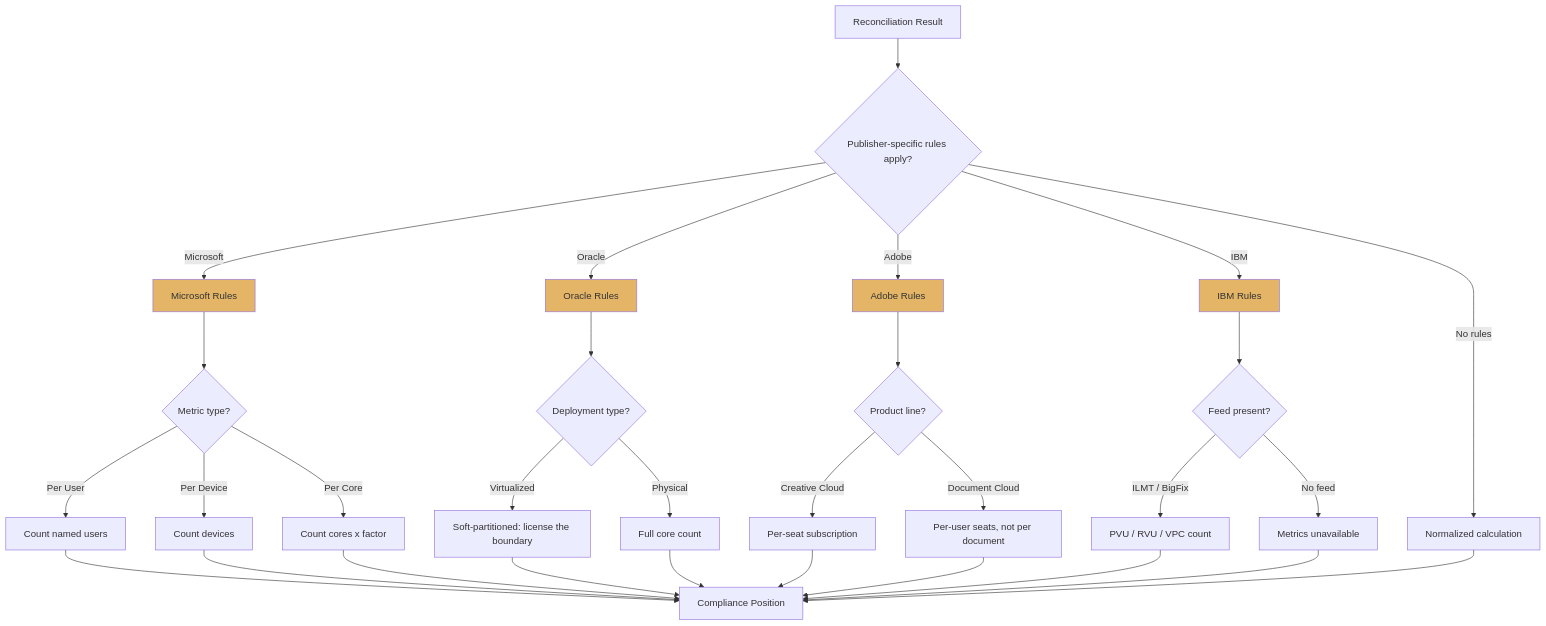
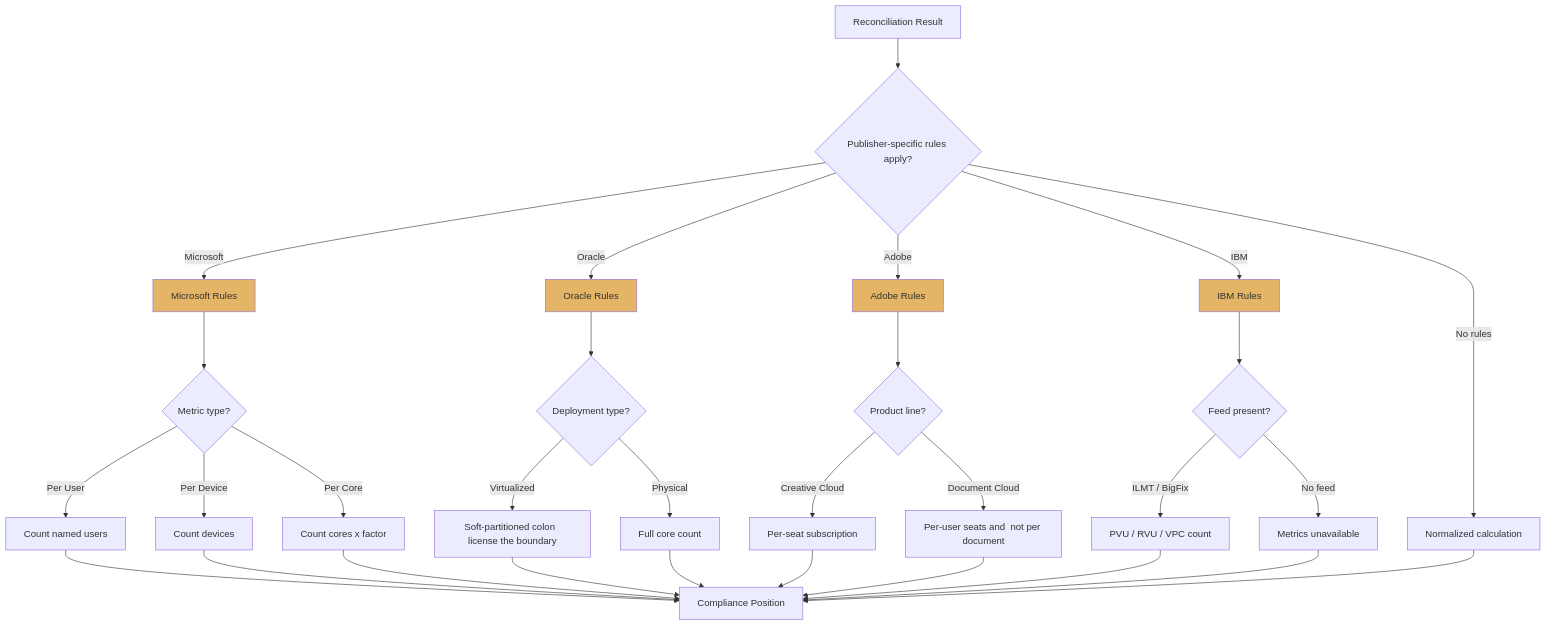
Before and after one commit to eltonaguiar/ServiceNow_Learning_TSOM-_CSM_FSM_SalesCRM_HAM_ITSM: the seventh of 8 diagrams in docs/modules/sam/sam-guide.md, drawn with Mermaid. The commit also changed other lines of this file and 19 other files, not shown here.

Commit message:
Fix all Mermaid diagram special characters - replace dollar, parens, slashes, quotes, pipes, nested brackets and other unsafe chars inside brackets with safe alternatives across 19 files

````diff
--- a/docs/modules/sam/sam-guide.md
+++ b/docs/modules/sam/sam-guide.md
@@ -1060,42 +1060,42 @@
 ```mermaid
 flowchart TD
     START[Reconciliation Result] --> CHECK{Publisher-specific rules apply?}
     
     CHECK -->|Microsoft| MS[Microsoft Rules]
     CHECK -->|Oracle| ORA[Oracle Rules]
     CHECK -->|Adobe| ADO[Adobe Rules]
     CHECK -->|IBM| IBM[IBM Rules]
     IBM --> IBM_RULES{Feed present?}
     IBM_RULES -->|ILMT / BigFix| IBM_OK[PVU / RVU / VPC count]
     IBM_RULES -->|No feed| IBM_NO[Metrics unavailable]
     CHECK -->|No rules| NORMAL[Normalized calculation]
     
     MS --> MS_RULES{Metric type?}
     MS_RULES -->|Per User| MS_USER[Count named users]
     MS_RULES -->|Per Device| MS_DEV[Count devices]
     MS_RULES -->|Per Core| MS_CORE[Count cores x factor]
     
     ORA --> ORA_RULES{Deployment type?}
-    ORA_RULES -->|Virtualized| ORA_VIRT[Soft-partitioned: license the boundary]
+    ORA_RULES -->|Virtualized| ORA_VIRT[Soft-partitioned colon  license the boundary]
     ORA_RULES -->|Physical| ORA_PHYS[Full core count]
     
     ADO --> ADO_RULES{Product line?}
     ADO_RULES -->|Creative Cloud| ADO_CC[Per-seat subscription]
-    ADO_RULES -->|Document Cloud| ADO_DC[Per-user seats, not per document]
+    ADO_RULES -->|Document Cloud| ADO_DC[Per-user seats and  not per document]
     
     MS_USER --> FINAL[Compliance Position]
     MS_DEV --> FINAL
     MS_CORE --> FINAL
     ORA_VIRT --> FINAL
     ORA_PHYS --> FINAL
     ADO_CC --> FINAL
     ADO_DC --> FINAL
     IBM_OK --> FINAL
     IBM_NO --> FINAL
     NORMAL --> FINAL
     
     style MS fill:#e5b567
     style ORA fill:#e5b567
     style ADO fill:#e5b567
     style IBM fill:#e5b567
 ```
````
